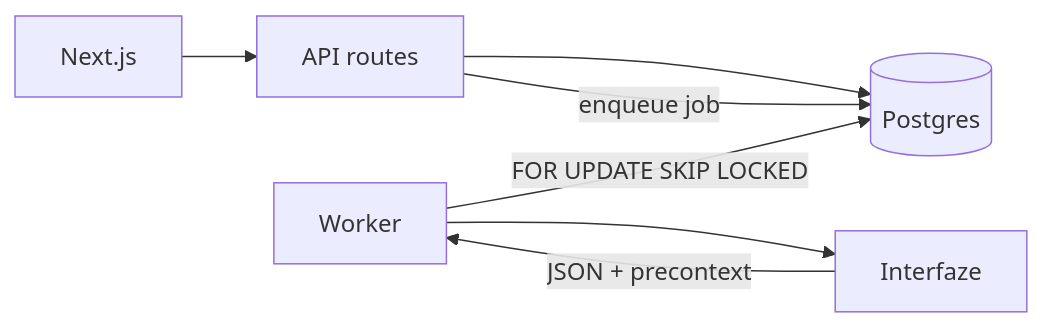
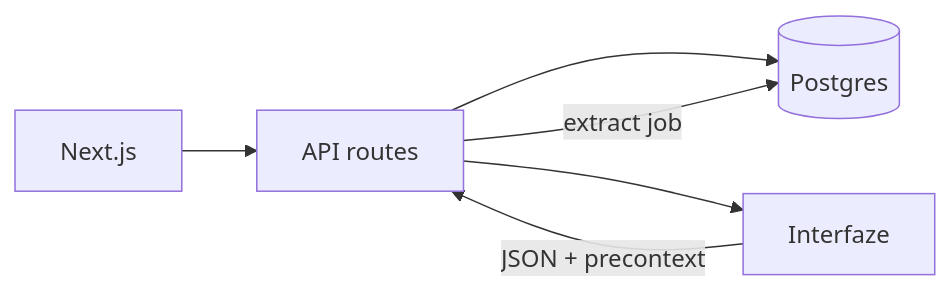
Before and after one commit to Anshgrover23/vouch: the diagram in docs/architecture.md, drawn with Mermaid. The commit also changed other lines of this file and 31 other files, not shown here.

````diff
--- a/docs/architecture.md
+++ b/docs/architecture.md
@@ -7,15 +7,13 @@
 ```mermaid
 flowchart LR
   Browser[Next.js]
   Api[API routes]
   Pg[(Postgres)]
-  Worker[Worker]
   Iface[Interfaze]
 
   Browser --> Api
   Api --> Pg
-  Api -->|"enqueue job"| Pg
-  Worker -->|"FOR UPDATE SKIP LOCKED"| Pg
-  Worker --> Iface
-  Iface -->|"JSON + precontext"| Worker
+  Api -->|"extract job"| Pg
+  Api --> Iface
+  Iface -->|"JSON + precontext"| Api
 ```
````
